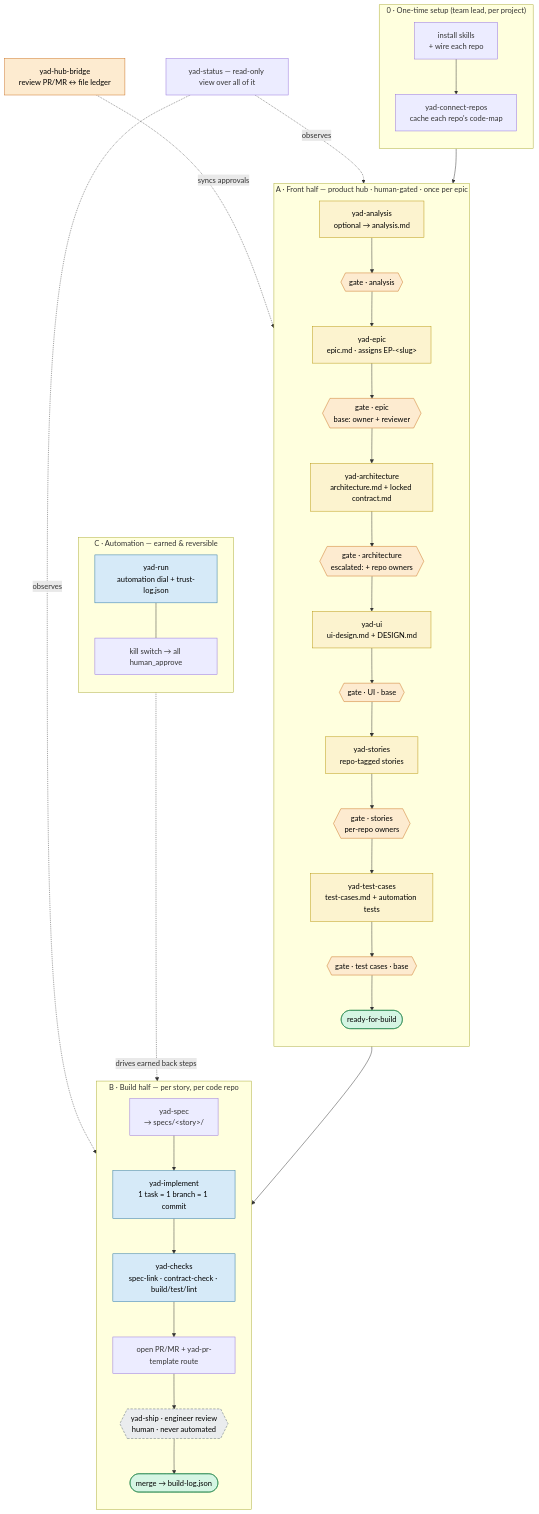
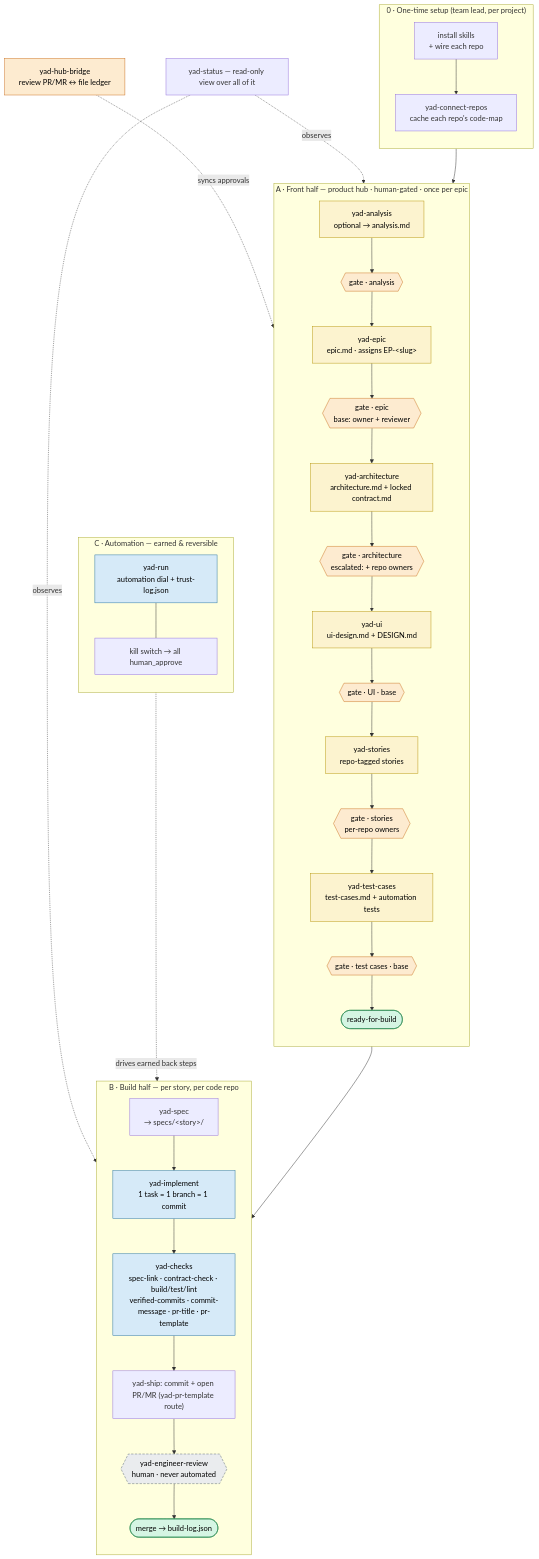
Before and after one commit to abdelrahmannasr/yadflow: the second of 3 diagrams in TEAM-GUIDE.md, drawn with Mermaid. The commit also changed other lines of this file and 9 other files, not shown here.

````diff
--- a/TEAM-GUIDE.md
+++ b/TEAM-GUIDE.md
@@ -59,60 +59,60 @@
 ```mermaid
 flowchart TD
     classDef gated fill:#fdebd0,stroke:#ca6f1e,color:#000
     classDef earns fill:#d6eaf8,stroke:#2471a3,color:#000
     classDef locked fill:#eaecee,stroke:#566573,color:#000,stroke-dasharray:5 3
     classDef artifact fill:#fcf3cf,stroke:#b7950b,color:#000
     classDef sentinel fill:#d5f5e3,stroke:#1e8449,color:#000
 
     subgraph SETUP["0 · One-time setup (team lead, per project)"]
       direction TB
       inst["install skills<br/>+ wire each repo"]
       conn["yad-connect-repos<br/>cache each repo's code-map"]
       inst --> conn
     end
 
     subgraph FRONT["A · Front half — product hub · human-gated · once per epic"]
       direction TB
       an["yad-analysis<br/>optional → analysis.md"]:::artifact
       ep["yad-epic<br/>epic.md · assigns EP-&lt;slug&gt;"]:::artifact
       ar["yad-architecture<br/>architecture.md + locked contract.md"]:::artifact
       ui["yad-ui<br/>ui-design.md + DESIGN.md"]:::artifact
       st["yad-stories<br/>repo-tagged stories"]:::artifact
       tc["yad-test-cases<br/>test-cases.md + automation tests"]:::artifact
       gAn{{"gate · analysis"}}:::gated
       gEp{{"gate · epic<br/>base: owner + reviewer"}}:::gated
       gAr{{"gate · architecture<br/>escalated: + repo owners"}}:::gated
       gUi{{"gate · UI · base"}}:::gated
       gSt{{"gate · stories<br/>per-repo owners"}}:::gated
       gTc{{"gate · test cases · base"}}:::gated
       rfb(["ready-for-build"]):::sentinel
       an --> gAn --> ep --> gEp --> ar --> gAr --> ui --> gUi --> st --> gSt --> tc --> gTc --> rfb
     end
 
     subgraph BUILD["B · Build half — per story, per code repo"]
       direction TB
       sp["yad-spec<br/>→ specs/&lt;story&gt;/"]
       im["yad-implement<br/>1 task = 1 branch = 1 commit"]:::earns
-      ck["yad-checks<br/>spec-link · contract-check · build/test/lint"]:::earns
-      prm["open PR/MR + yad-pr-template route"]
-      eng{{"yad-ship · engineer review<br/>human · never automated"}}:::locked
+      ck["yad-checks<br/>spec-link · contract-check · build/test/lint<br/>verified-commits · commit-message · pr-title · pr-template"]:::earns
+      prm["yad-ship: commit + open PR/MR (yad-pr-template route)"]
+      eng{{"yad-engineer-review<br/>human · never automated"}}:::locked
       merged(["merge → build-log.json"]):::sentinel
       sp --> im --> ck --> prm --> eng --> merged
     end
 
     subgraph AUTO["C · Automation — earned & reversible"]
       direction TB
       run["yad-run<br/>automation dial + trust-log.json"]:::earns
       kill["kill switch → all human_approve"]
       run --- kill
     end
 
     conn --> an
     rfb --> sp
     run -. drives earned back steps .-> im
     bridge["yad-hub-bridge<br/>review PR/MR ↔ file ledger"]:::gated
     bridge -. syncs approvals .-> gEp
     status["yad-status — read-only view over all of it"]
     status -. observes .-> FRONT
     status -. observes .-> BUILD
 ```
````
